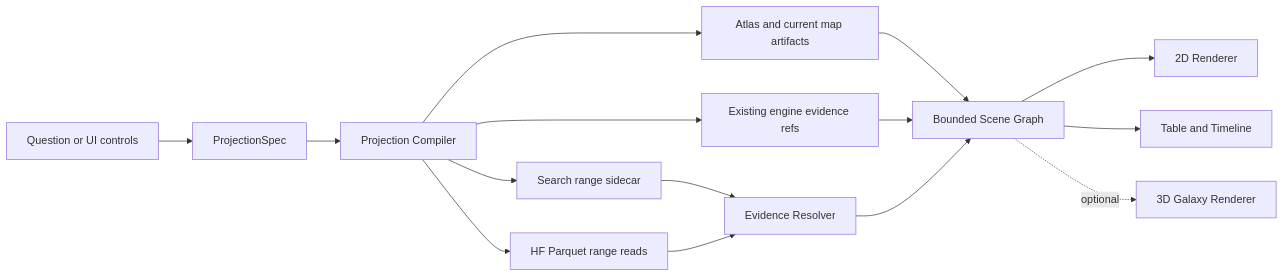
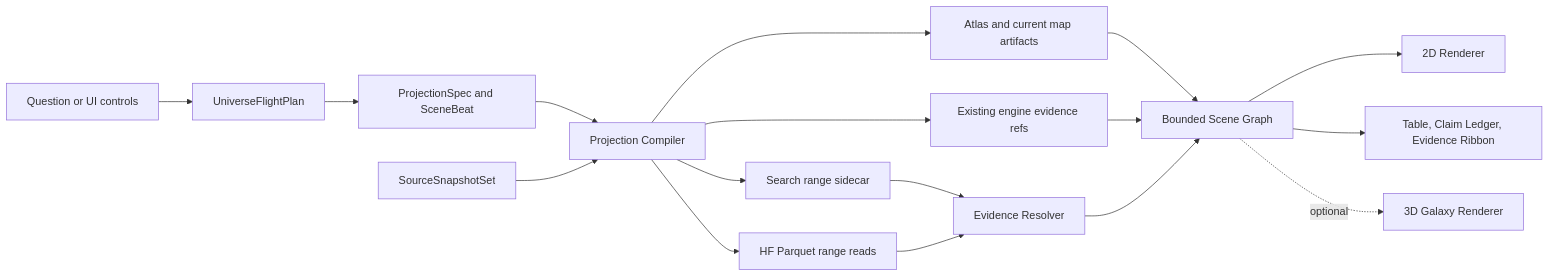
Before and after one commit to eddmpython/dartlab: the diagram in mainPlan/dartlab-universe/03-runtime-public-architecture.md, drawn with Mermaid. The commit also changed other lines of this file and 18 other files, not shown here.

````diff
--- a/mainPlan/dartlab-universe/03-runtime-public-architecture.md
+++ b/mainPlan/dartlab-universe/03-runtime-public-architecture.md
@@ -5,17 +5,19 @@
 ```mermaid
 flowchart LR
-    Q["Question or UI controls"] --> P["ProjectionSpec"]
+    Q["Question or UI controls"] --> F["UniverseFlightPlan"]
+    F --> P["ProjectionSpec and SceneBeat"]
     P --> C["Projection Compiler"]
+    X["SourceSnapshotSet"] --> C
     C --> A["Atlas and current map artifacts"]
     C --> S["Search range sidecar"]
     C --> H["HF Parquet range reads"]
     C --> E["Existing engine evidence refs"]
     A --> G["Bounded Scene Graph"]
     S --> V["Evidence Resolver"]
     H --> V
     E --> G
     V --> G
     G --> R2["2D Renderer"]
-    G --> T["Table and Timeline"]
+    G --> T["Table, Claim Ledger, Evidence Ribbon"]
     G -. optional .-> R3["3D Galaxy Renderer"]
 ```
````
